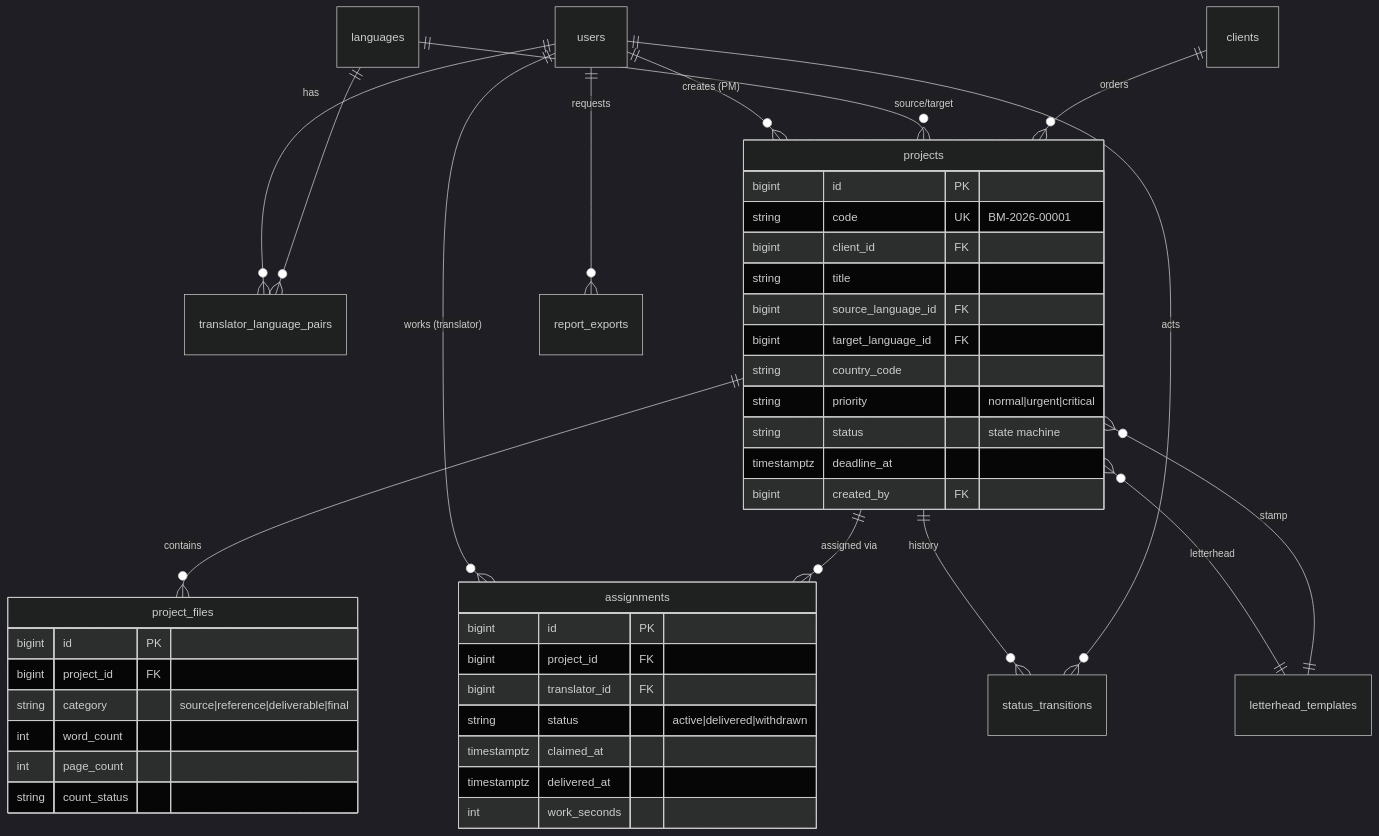
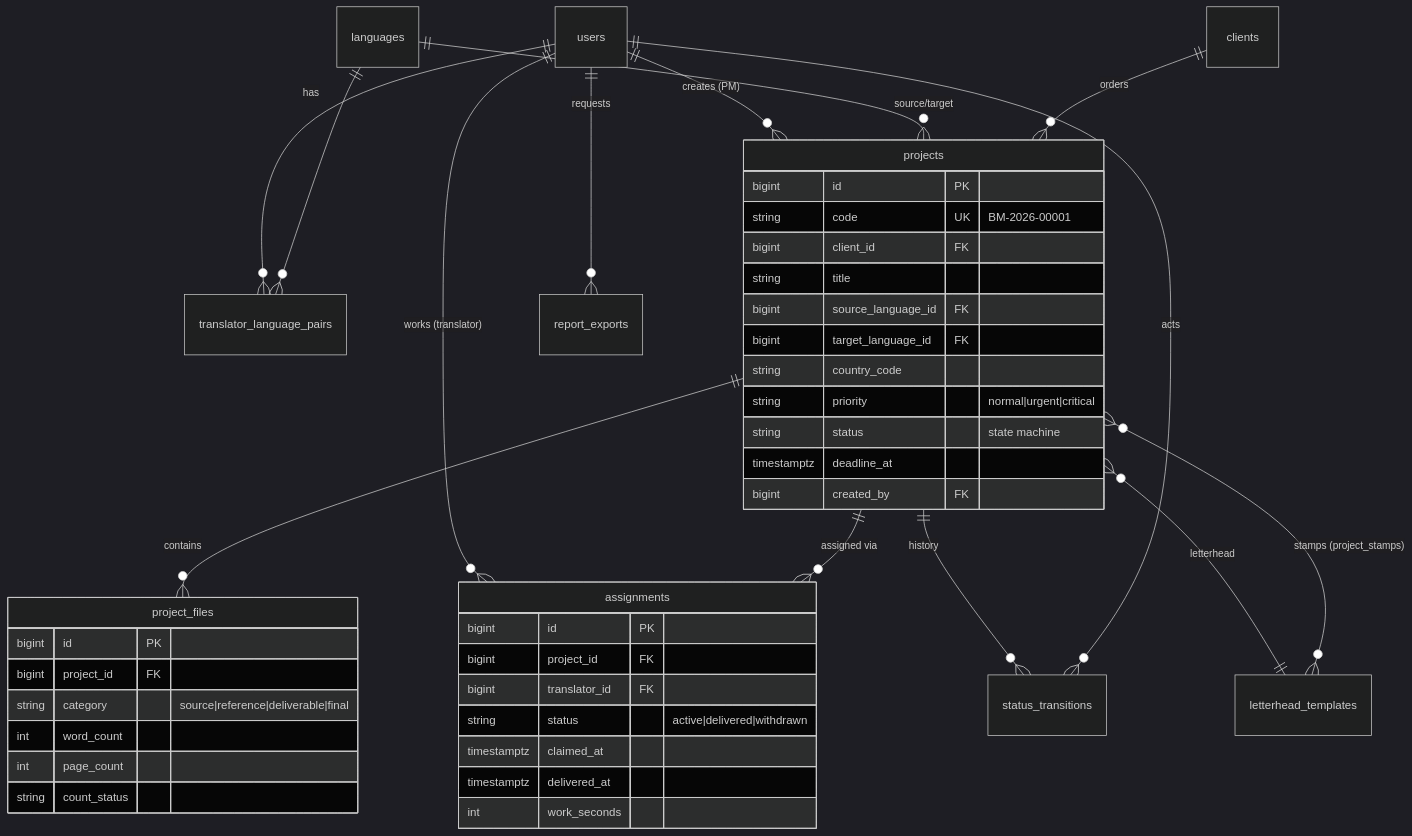
One commit to Technest-Tech/bahr-almaani changed the diagram in docs/01-database-schema.md. Above: the diagram before and after it, drawn with Mermaid (dark theme). The commit also changed other lines of this file and 105 other files, not shown here.

First line of the commit message:
Show Cairo time everywhere, let clients submit projects, scope PMs to their own projects, and allow several stamps

````diff
--- a/docs/01-database-schema.md
+++ b/docs/01-database-schema.md
@@ -8,47 +8,47 @@
 ```mermaid
 erDiagram
     users ||--o{ translator_language_pairs : "has"
     users ||--o{ projects : "creates (PM)"
     users ||--o{ assignments : "works (translator)"
     languages ||--o{ translator_language_pairs : ""
     languages ||--o{ projects : "source/target"
     clients ||--o{ projects : "orders"
     projects ||--o{ project_files : "contains"
     projects ||--o{ assignments : "assigned via"
     projects ||--o{ status_transitions : "history"
     projects }o--|| letterhead_templates : "letterhead"
-    projects }o--|| letterhead_templates : "stamp"
+    projects }o--o{ letterhead_templates : "stamps (project_stamps)"
     users ||--o{ status_transitions : "acts"
     users ||--o{ report_exports : "requests"
 
     projects {
         bigint id PK
         string code UK "BM-2026-00001"
         bigint client_id FK
         string title
         bigint source_language_id FK
         bigint target_language_id FK
         string country_code
         string priority "normal|urgent|critical"
         string status "state machine"
         timestamptz deadline_at
         bigint created_by FK
     }
     assignments {
         bigint id PK
         bigint project_id FK
         bigint translator_id FK
         string status "active|delivered|withdrawn"
         timestamptz claimed_at
         timestamptz delivered_at
         int work_seconds
     }
     project_files {
         bigint id PK
         bigint project_id FK
         string category "source|reference|deliverable|final"
         int word_count
         int page_count
         string count_status
     }
 ```
````
